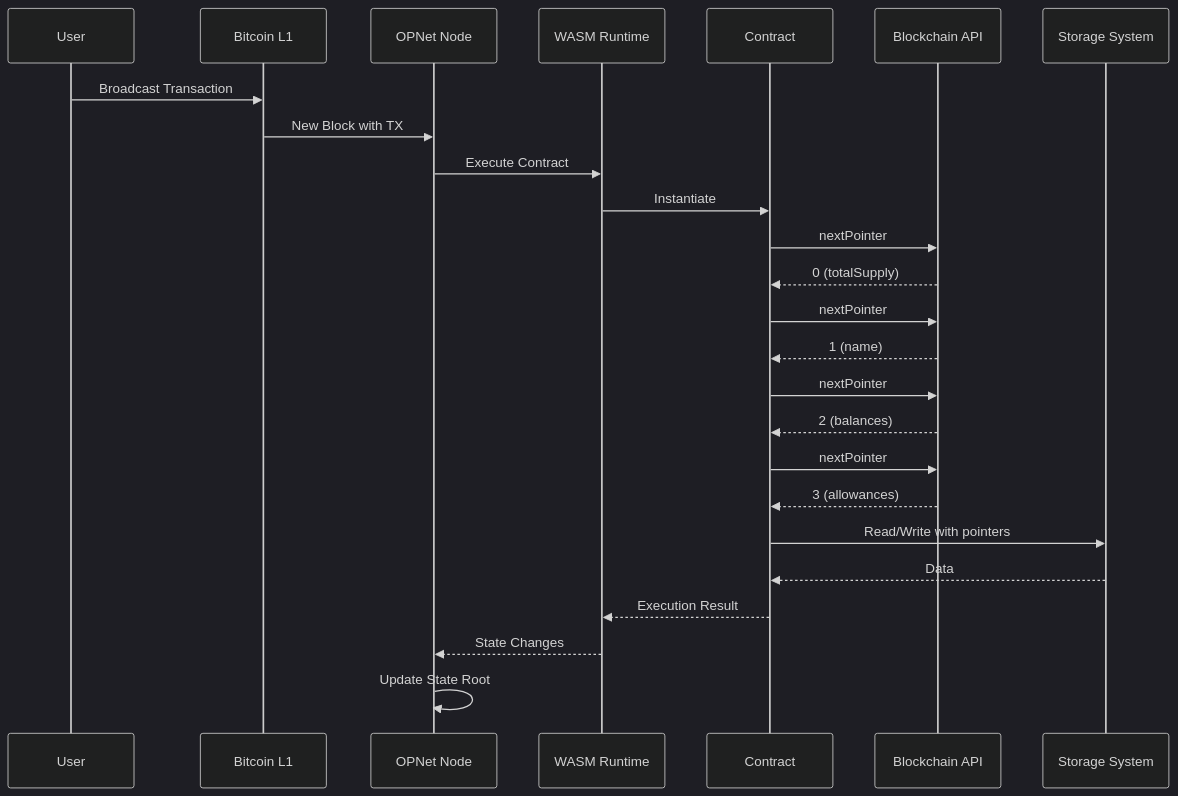
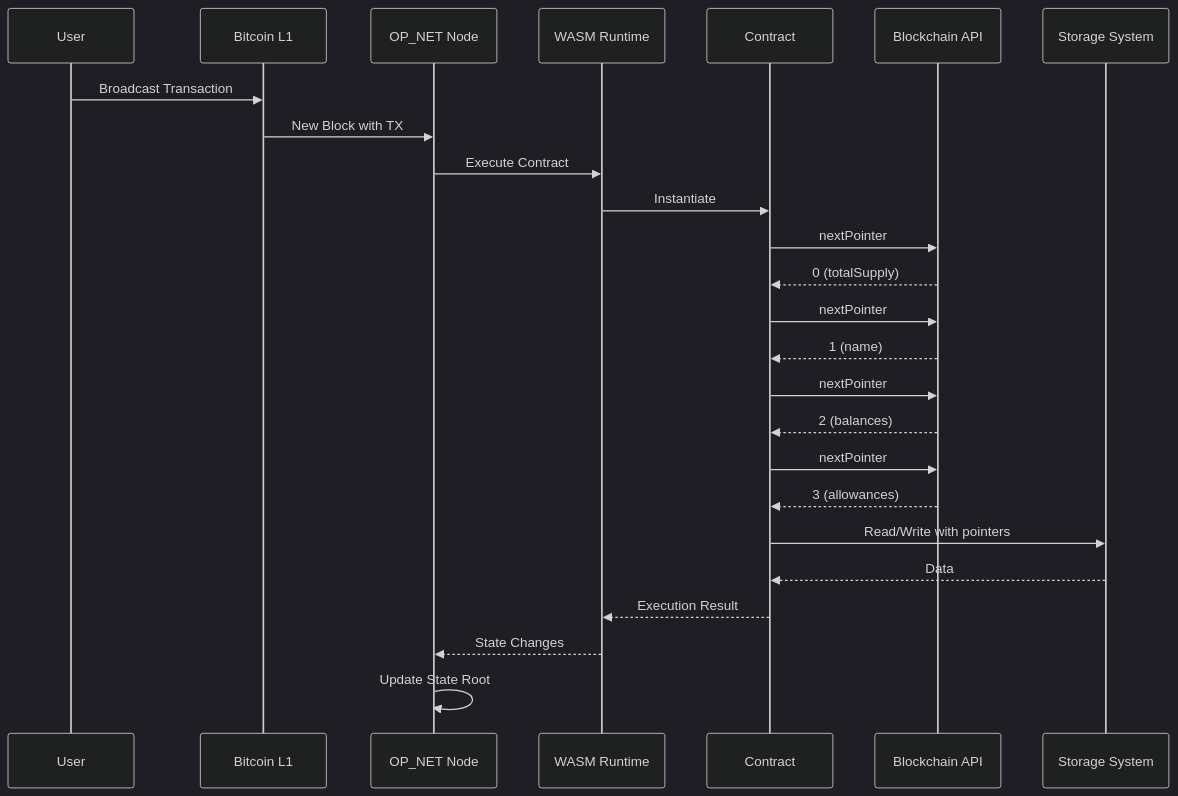
One commit to btc-vision/btc-runtime changed the fourth of 7 diagrams in docs/core-concepts/storage-system.md. Above: the diagram before and after it, drawn with Mermaid. The commit also changed other lines of this file and 46 other files, not shown here.

Commit message:
Change OPNet to OP_NET

````diff
--- a/docs/core-concepts/storage-system.md
+++ b/docs/core-concepts/storage-system.md
@@ -221,32 +221,32 @@
 ```mermaid
 ---
 config:
   theme: dark
 ---
 sequenceDiagram
     participant User
     participant Bitcoin as Bitcoin L1
-    participant OPNet as OPNet Node
+    participant OP_NET as OP_NET Node
     participant WASM as WASM Runtime
     participant Contract
     participant Blockchain as Blockchain API
     participant Storage as Storage System
 
     User->>Bitcoin: Broadcast Transaction
-    Bitcoin->>OPNet: New Block with TX
-    OPNet->>WASM: Execute Contract
+    Bitcoin->>OP_NET: New Block with TX
+    OP_NET->>WASM: Execute Contract
     WASM->>Contract: Instantiate
     Contract->>Blockchain: nextPointer
     Blockchain-->>Contract: 0 (totalSupply)
     Contract->>Blockchain: nextPointer
     Blockchain-->>Contract: 1 (name)
     Contract->>Blockchain: nextPointer
     Blockchain-->>Contract: 2 (balances)
     Contract->>Blockchain: nextPointer
     Blockchain-->>Contract: 3 (allowances)
     Contract->>Storage: Read/Write with pointers
     Storage-->>Contract: Data
     Contract-->>WASM: Execution Result
-    WASM-->>OPNet: State Changes
-    OPNet->>OPNet: Update State Root
+    WASM-->>OP_NET: State Changes
+    OP_NET->>OP_NET: Update State Root
 ```
````
